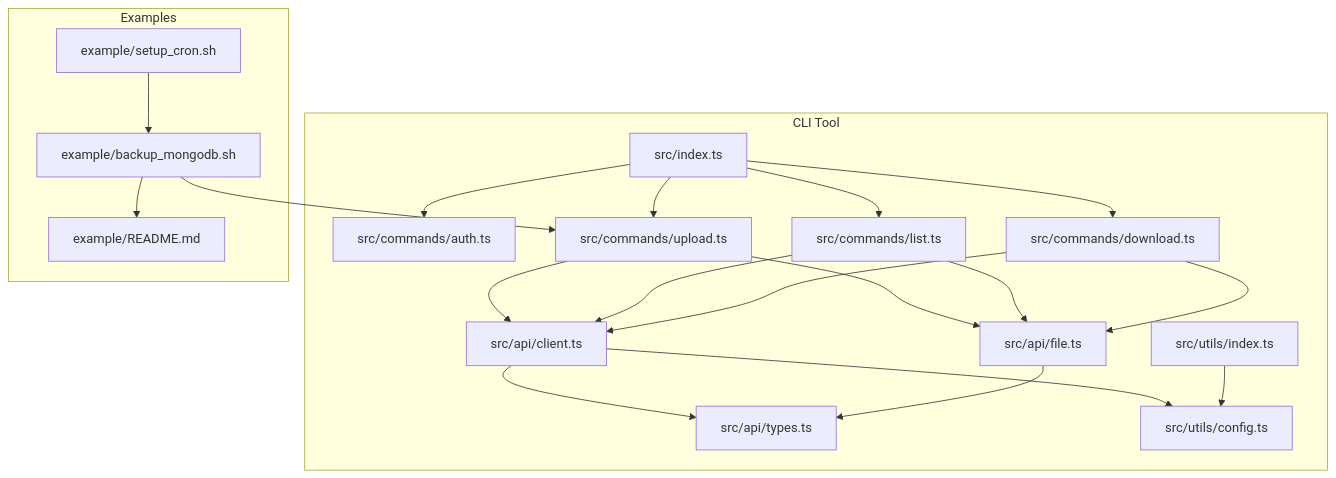
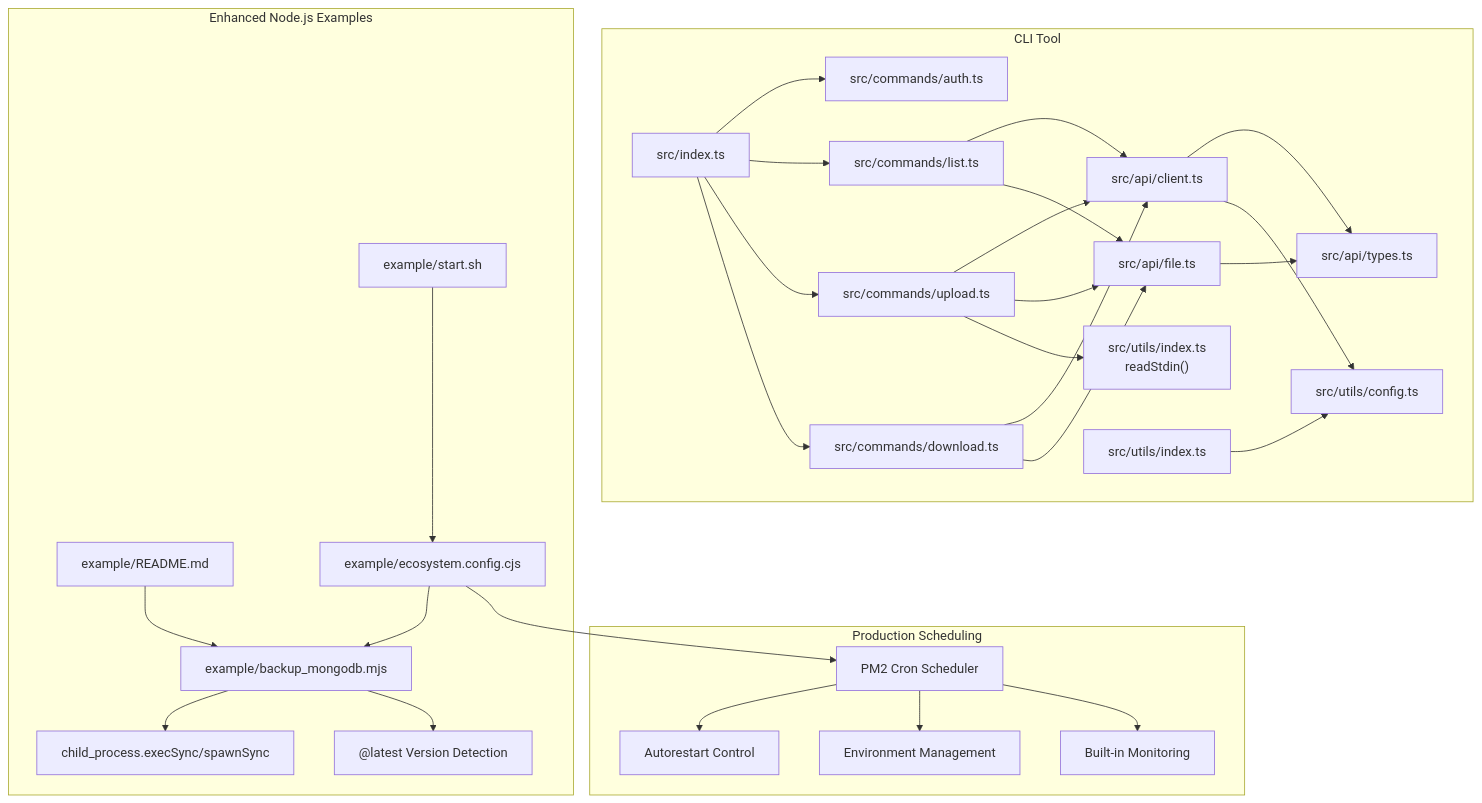
Before and after one commit to yuexiaoliang/baiduwangpan-manager: the first of 6 diagrams in .qoder/repowiki/en/content/Advanced Usage & Automation.md, drawn with Mermaid. The commit also changed other lines of this file and 30 other files, not shown here.

````diff
--- a/.qoder/repowiki/en/content/Advanced Usage & Automation.md
+++ b/.qoder/repowiki/en/content/Advanced Usage & Automation.md
@@ -46,37 +58,54 @@
 ```mermaid
 graph TB
 subgraph "CLI Tool"
 IDX["src/index.ts"]
 AUTH["src/commands/auth.ts"]
 LIST["src/commands/list.ts"]
 UPLOAD["src/commands/upload.ts"]
 DOWNLOAD["src/commands/download.ts"]
 API["src/api/client.ts"]
 FILE["src/api/file.ts"]
 TYPES["src/api/types.ts"]
 CFG["src/utils/config.ts"]
 UTL["src/utils/index.ts"]
+STDIN["src/utils/index.ts<br/>readStdin()"]
 end
-subgraph "Examples"
+subgraph "Enhanced Node.js Examples"
 EX_README["example/README.md"]
-EX_BACKUP["example/backup_mongodb.sh"]
-EX_CRON["example/setup_cron.sh"]
+EX_BACKUP_MJS["example/backup_mongodb.mjs"]
+ECOSYSTEM["example/ecosystem.config.cjs"]
+START_SCRIPT["example/start.sh"]
+END_EXEC["child_process.execSync/spawnSync"]
+LATEST_VERSION["@latest Version Detection"]
+end
+subgraph "Production Scheduling"
+PM2_SCHED["PM2 Cron Scheduler"]
+AUTORESTART["Autorestart Control"]
+ENV_MANAGEMENT["Environment Management"]
+MONITORING["Built-in Monitoring"]
 end
 IDX --> AUTH
 IDX --> LIST
 IDX --> UPLOAD
 IDX --> DOWNLOAD
 UPLOAD --> API
 UPLOAD --> FILE
+UPLOAD --> STDIN
 LIST --> API
 LIST --> FILE
 DOWNLOAD --> API
 DOWNLOAD --> FILE
 API --> TYPES
 API --> CFG
 FILE --> TYPES
 UTL --> CFG
-EX_BACKUP --> UPLOAD
-EX_BACKUP --> EX_README
-EX_CRON --> EX_BACKUP
+EX_BACKUP_MJS --> END_EXEC
+EX_BACKUP_MJS --> LATEST_VERSION
+EX_README --> EX_BACKUP_MJS
+ECOSYSTEM --> EX_BACKUP_MJS
+ECOSYSTEM --> PM2_SCHED
+PM2_SCHED --> AUTORESTART
+PM2_SCHED --> ENV_MANAGEMENT
+PM2_SCHED --> MONITORING
+START_SCRIPT --> ECOSYSTEM
 ```
````
